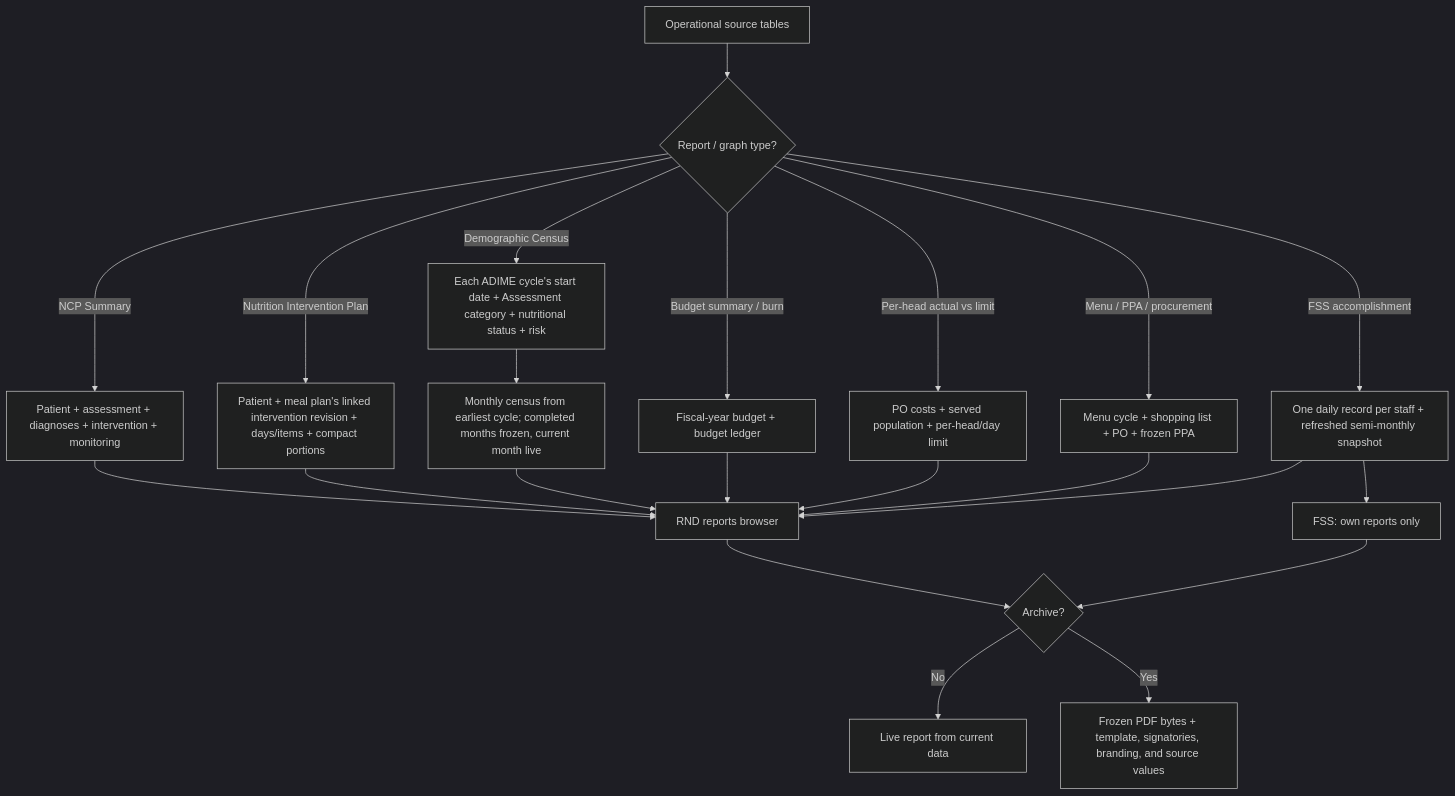
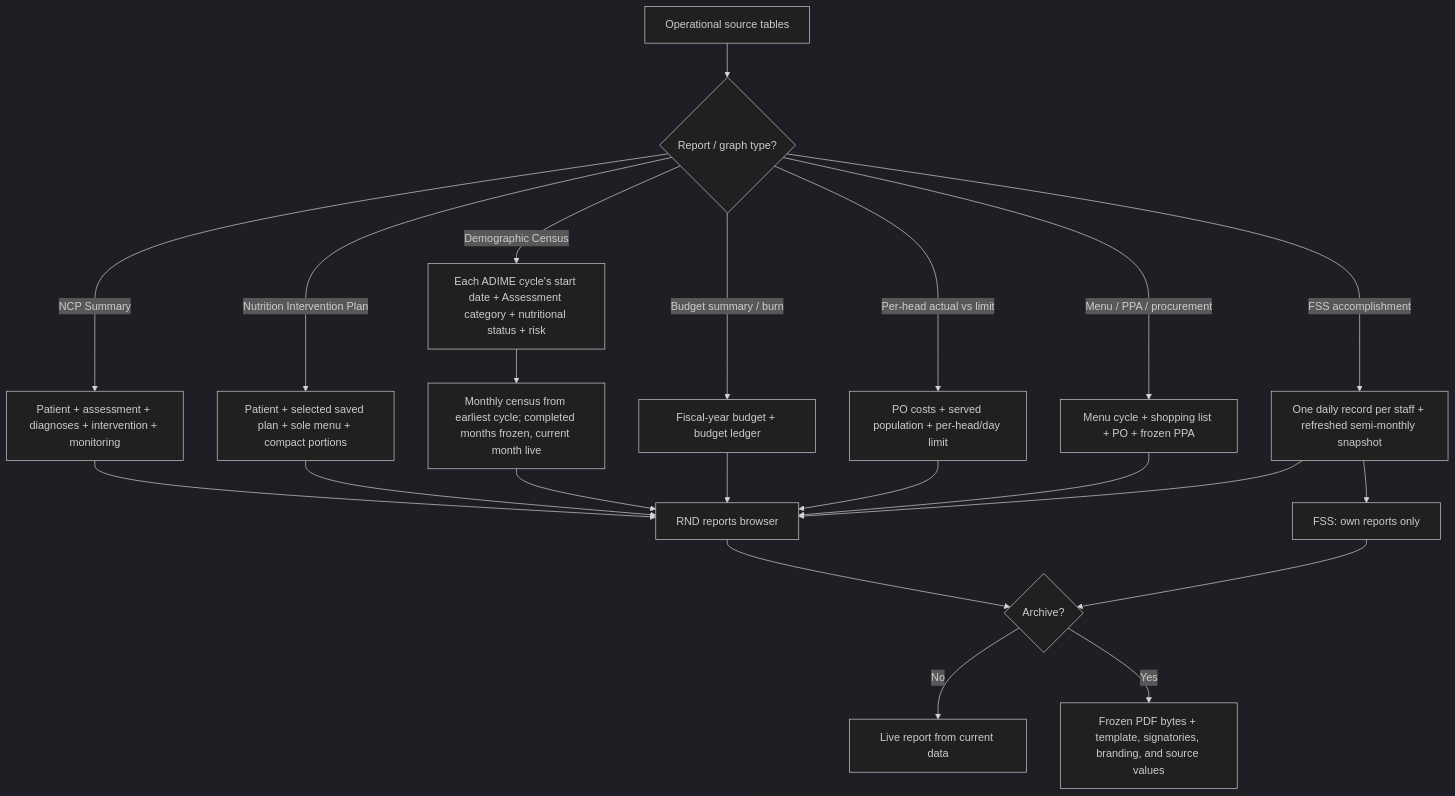
The eighth of 9 diagrams in docs/module-workflow-flowchart.md (ja2gc/Nutriscope), drawn with Mermaid (dark theme) before and after one commit. The commit also changed other lines of this file and 32 other files, not shown here.

````diff
--- a/docs/module-workflow-flowchart.md
+++ b/docs/module-workflow-flowchart.md
@@ -278,26 +276,26 @@
 ```mermaid
 flowchart TD
     A["Operational source tables"] --> B{"Report / graph type?"}
     B -->|"NCP Summary"| C["Patient + assessment + diagnoses + intervention + monitoring"]
-    B -->|"Nutrition Intervention Plan"| D["Patient + meal plan's linked intervention revision + days/items + compact portions"]
+    B -->|"Nutrition Intervention Plan"| D["Patient + selected saved plan + sole menu + compact portions"]
     B -->|"Demographic Census"| E["Each ADIME cycle's start date + Assessment category + nutritional status + risk"]
     B -->|"Budget summary / burn"| F["Fiscal-year budget + budget ledger"]
     B -->|"Per-head actual vs limit"| G["PO costs + served population + per-head/day limit"]
     B -->|"Menu / PPA / procurement"| H["Menu cycle + shopping list + PO + frozen PPA"]
     B -->|"FSS accomplishment"| I["One daily record per staff + refreshed semi-monthly snapshot"]
 
     C --> J["RND reports browser"]
     D --> J
     E --> O["Monthly census from earliest cycle; completed months frozen, current month live"]
     O --> J
     F --> J
     G --> J
     H --> J
     I --> J
     I --> K["FSS: own reports only"]
 
     J --> L{"Archive?"}
     K --> L
     L -->|"No"| M["Live report from current data"]
     L -->|"Yes"| N["Frozen PDF bytes + template, signatories, branding, and source values"]
 ```
````
